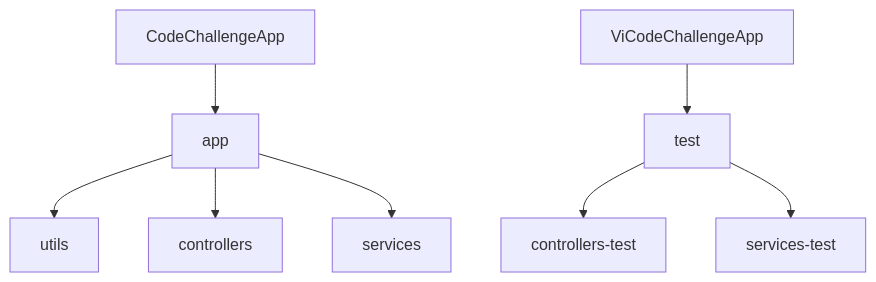
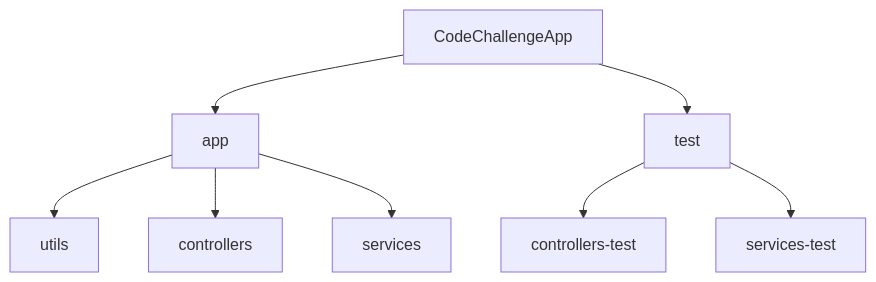
One commit to OmarVenturaP/CodeChallengeApp changed the first of 5 diagrams in README.md. Above: the diagram before and after it, drawn with Mermaid.

Commit message:
Paso 25) Corrigiendo error en README.md

````diff
--- a/README.md
+++ b/README.md
@@ -23,8 +23,8 @@
 ```mermaid
 graph TD;
     CodeChallengeApp-->app-->utils;
     app-->controllers;
     app-->services;
-    ViCodeChallengeApp-->test-->controllers-test;
+    CodeChallengeApp-->test-->controllers-test;
     test-->services-test;
 ```
````
